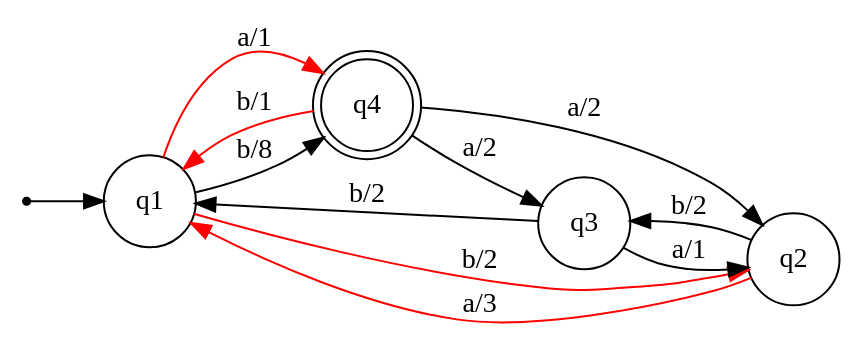
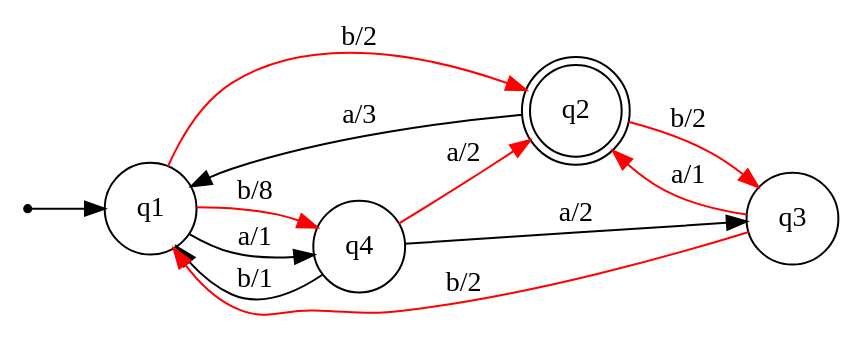
Before and after one commit to zenAndroid/oracle-extract: the diagram in input.dot, drawn with Graphviz. The commit also changed 1 other file, not shown here.

```diff
--- a/input.dot
+++ b/input.dot
@@ -1,17 +1,17 @@
 digraph Automaton {
     node [shape=point] INIT;
-    q4 [shape="doublecircle"];
+    q2 [shape="doublecircle"];
     node [shape=circle];
     rankdir = LR;
     INIT -> q1;
     q1 -> q2 [label="b/2", color=red];
-    q1 -> q4 [label="b/8"];
-    q1 -> q4 [label="a/1", color=red];
-    q2 -> q1 [label="a/3", color=red];
-    q2 -> q3 [label="b/2"];
-    q3 -> q2 [label="a/1"];
-    q3 -> q1 [label="b/2"];
-    q4 -> q1 [label="b/1", color=red];
+    q1 -> q4 [label="b/8", color=red];
+    q1 -> q4 [label="a/1"];
+    q2 -> q1 [label="a/3"];
+    q2 -> q3 [label="b/2", color=red];
+    q3 -> q2 [label="a/1", color=red];
+    q3 -> q1 [label="b/2", color=red];
+    q4 -> q1 [label="b/1"];
     q4 -> q3 [label="a/2"];
-    q4 -> q2 [label="a/2"];
+    q4 -> q2 [label="a/2", color=red];
 }
```
